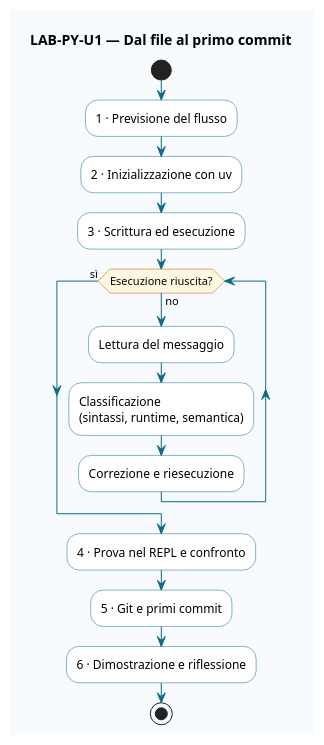
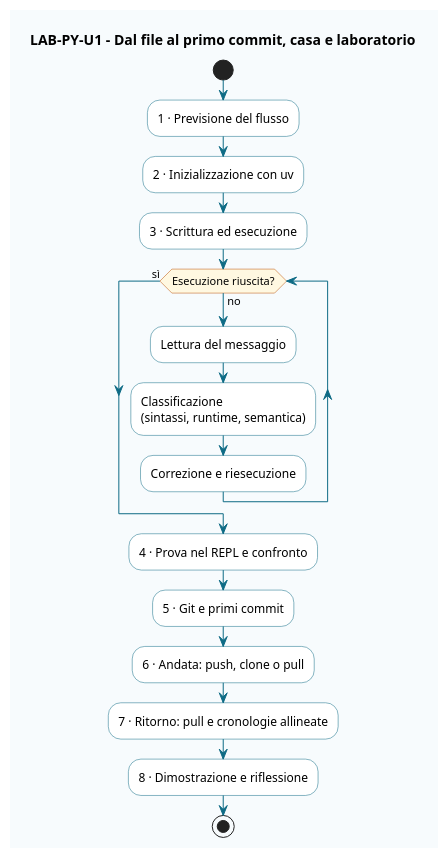
The diagram in samples-terza/info-terza/unita-01/06-attivita-primo-progetto.puml (malafronte/malafronte-doc-samples), drawn with PlantUML before and after one commit.

Commit message:
feat(samples-terza): include i due trasferimenti nel diagramma U1
Estende il sorgente PlantUML del diagramma di attività del laboratorio
LAB-PY-U1 con i due trasferimenti della fase 12: andata con push e
clone o pull, ritorno con pull e cronologie allineate, prima della
chiusura con dimostrazione e riflessione.

Adegua il titolo del diagramma al nuovo perimetro, dal file al primo
commit fra casa e laboratorio. La copia del sorgente accanto alla pagina
del sito e la figura renderizzata sono aggiornate di conseguenza nel
repository info-terza.

```diff
--- a/samples-terza/info-terza/unita-01/06-attivita-primo-progetto.puml
+++ b/samples-terza/info-terza/unita-01/06-attivita-primo-progetto.puml
@@ -4,24 +4,26 @@
 @startuml 06-attivita-primo-progetto
-title LAB-PY-U1 — Dal file al primo commit
+title LAB-PY-U1 - Dal file al primo commit, casa e laboratorio
 skinparam backgroundColor #f7fbfd
 skinparam activity {
   BackgroundColor #ffffff
   BorderColor #0e6b85
   ArrowColor #0e6b85
   DiamondBackgroundColor #fff8e1
   DiamondBorderColor #b94e00
 }
 start
 :1 · Previsione del flusso;
 :2 · Inizializzazione con uv;
 :3 · Scrittura ed esecuzione;
 while (Esecuzione riuscita?) is (no)
   :Lettura del messaggio;
   :Classificazione\n(sintassi, runtime, semantica);
   :Correzione e riesecuzione;
 endwhile (sì)
 :4 · Prova nel REPL e confronto;
 :5 · Git e primi commit;
-:6 · Dimostrazione e riflessione;
+:6 · Andata: push, clone o pull;
+:7 · Ritorno: pull e cronologie allineate;
+:8 · Dimostrazione e riflessione;
 stop
 @enduml
```
